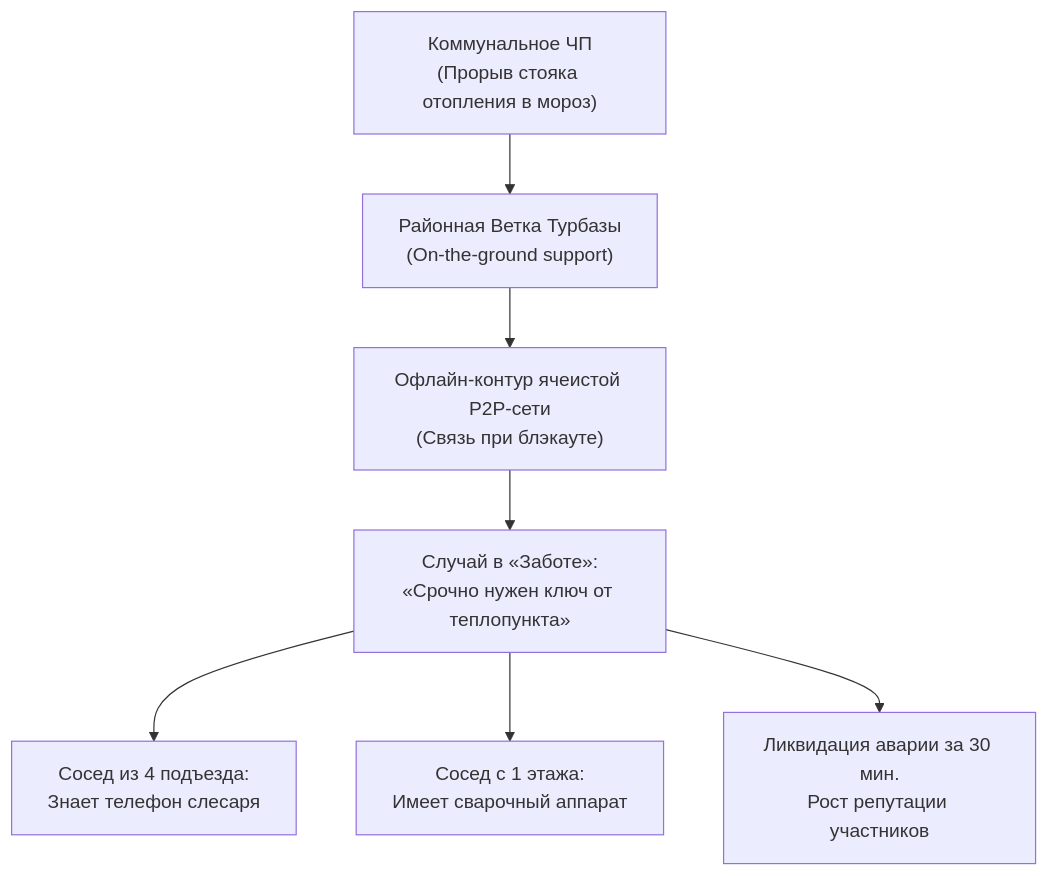
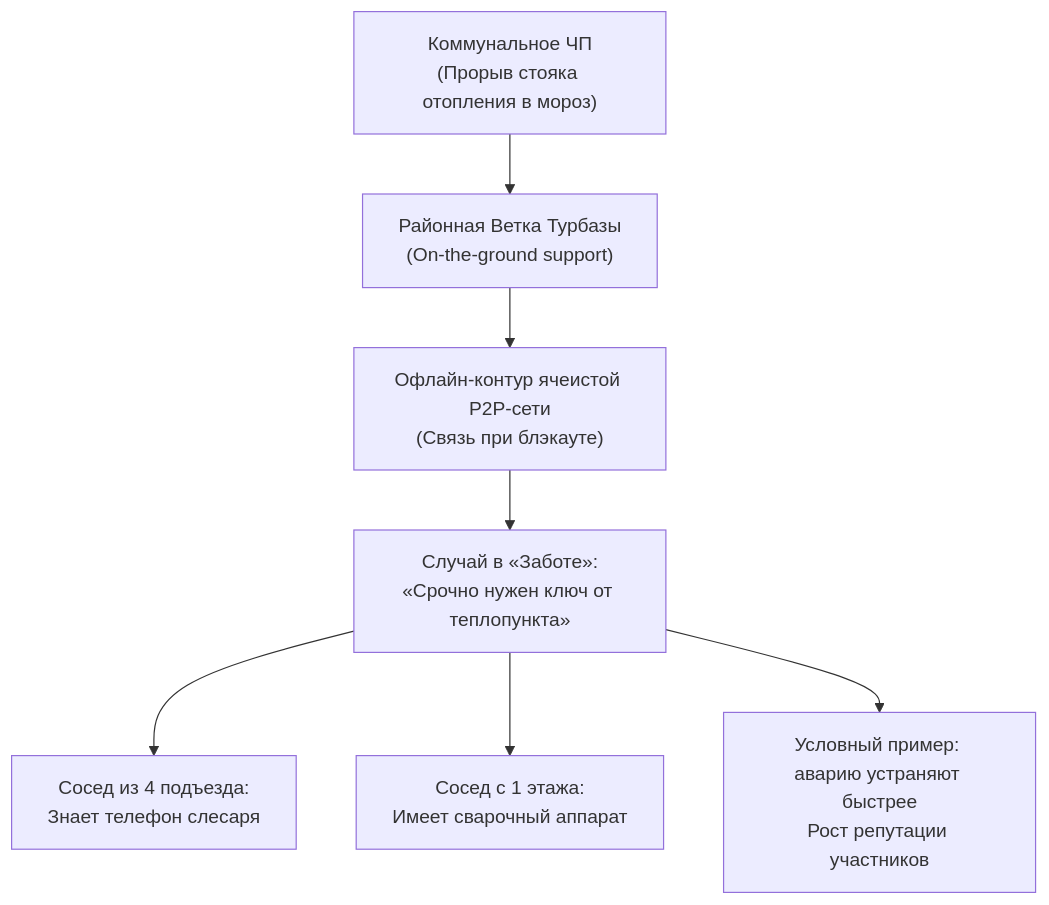
Before and after one commit to Data-Independence-Network/presentations: the fourth of 4 diagrams in shared_docs/whitepapers/applications/sapoto/Sapoto_Ecosystem_Impact_Guide.md, drawn with Mermaid. The commit also changed other lines of this file and 11 other files, not shown here.

````diff
--- a/shared_docs/whitepapers/applications/sapoto/Sapoto_Ecosystem_Impact_Guide.md
+++ b/shared_docs/whitepapers/applications/sapoto/Sapoto_Ecosystem_Impact_Guide.md
@@ -203,9 +203,9 @@
 ```mermaid
 graph TD
     Incident["Коммунальное ЧП<br/>(Прорыв стояка отопления в мороз)"] --> LocalBranch["Районная Ветка Турбазы<br/>(On-the-ground support)"]
     LocalBranch --> MeshNet["Офлайн-контур ячеистой P2P-сети<br/>(Связь при блэкауте)"]
     MeshNet --> CaseHelp["Случай в «Заботе»:<br/>«Срочно нужен ключ от теплопункта»"]
     CaseHelp --> Neighbor1["Сосед из 4 подъезда:<br/>Знает телефон слесаря"]
     CaseHelp --> Neighbor2["Сосед с 1 этажа:<br/>Имеет сварочный аппарат"]
-    CaseHelp --> ExpDone["Ликвидация аварии за 30 мин.<br/>Рост репутации участников"]
+    CaseHelp --> ExpDone["Условный пример: аварию устраняют быстрее<br/>Рост репутации участников"]
 ```
````
